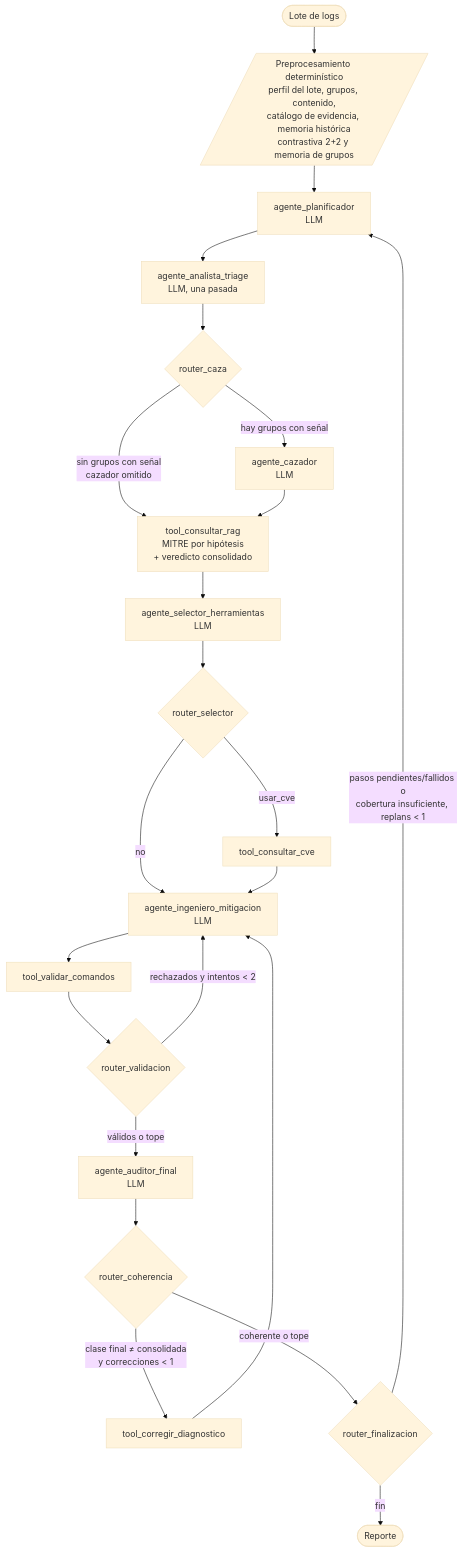
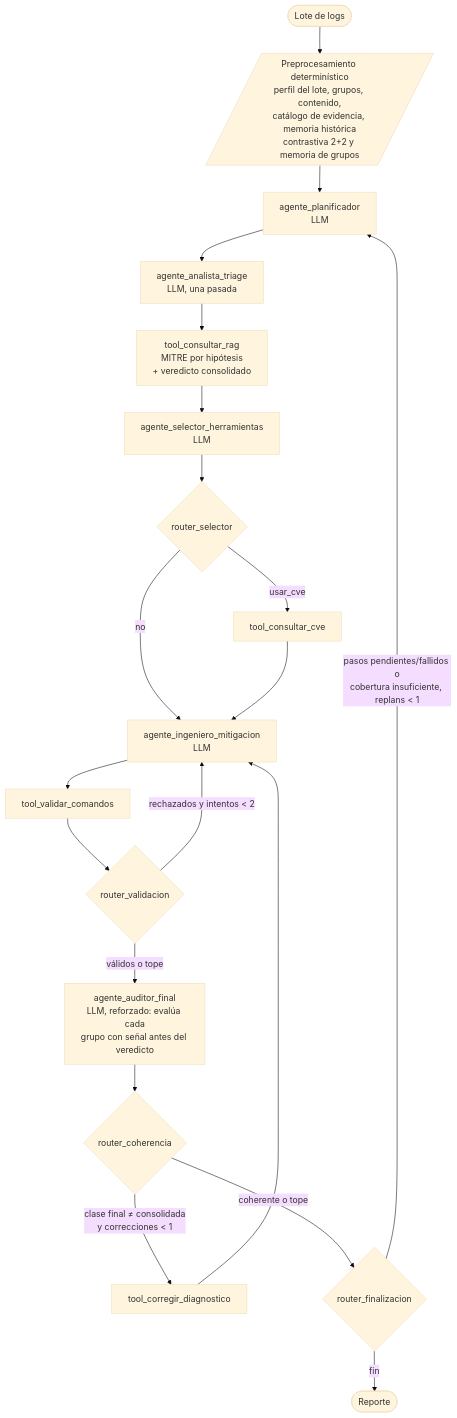
Before and after one commit to pazz09/ProyectoTituloNodex: the diagram in docs/arquitectura_nodex_final.md, drawn with Mermaid (base theme). The commit also changed other lines of this file and 29 other files, not shown here.

First line of the commit message:
refactor(nodex-final): configuración final sin agente cazador; el auditor reforzado evalúa los grupos con señal

````diff
--- a/docs/arquitectura_nodex_final.md
+++ b/docs/arquitectura_nodex_final.md
@@ -9,25 +13,22 @@
 ```mermaid
 flowchart TD
     E([Lote de logs]) --> P0[/Preprocesamiento determinístico<br/>perfil del lote, grupos, contenido,<br/>catálogo de evidencia, memoria histórica<br/>contrastiva 2+2 y memoria de grupos/]
     P0 --> PL[agente_planificador<br/>LLM]
     PL --> TR[agente_analista_triage<br/>LLM, una pasada]
-    TR --> RC{router_caza}
-    RC -- hay grupos con señal --> CZ[agente_cazador<br/>LLM]
-    RC -- sin grupos con señal<br/>cazador omitido --> RAG
-    CZ --> RAG[tool_consultar_rag<br/>MITRE por hipótesis<br/>+ veredicto consolidado]
+    TR --> RAG[tool_consultar_rag<br/>MITRE por hipótesis<br/>+ veredicto consolidado]
     RAG --> SE[agente_selector_herramientas<br/>LLM]
     SE --> RS{router_selector}
     RS -- usar_cve --> CVE[tool_consultar_cve]
     RS -- no --> MI
     CVE --> MI[agente_ingeniero_mitigacion<br/>LLM]
     MI --> VA[tool_validar_comandos]
     VA --> RV{router_validacion}
     RV -- rechazados y intentos < 2 --> MI
-    RV -- válidos o tope --> AU[agente_auditor_final<br/>LLM]
+    RV -- válidos o tope --> AU[agente_auditor_final<br/>LLM, reforzado: evalúa cada<br/>grupo con señal antes del veredicto]
     AU --> RCO{router_coherencia}
     RCO -- clase final ≠ consolidada<br/>y correcciones < 1 --> CO[tool_corregir_diagnostico]
     CO --> MI
     RCO -- coherente o tope --> RF{router_finalizacion}
     RF -- pasos pendientes/fallidos o<br/>cobertura insuficiente, replans < 1 --> PL
     RF -- fin --> S([Reporte])
 ```
````
